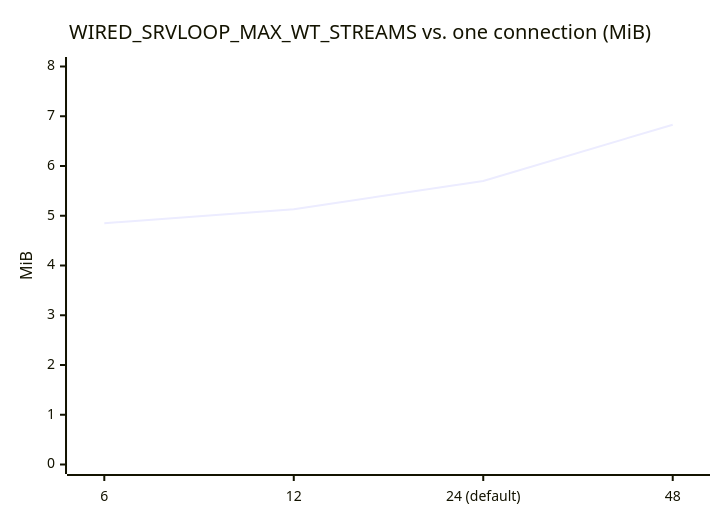
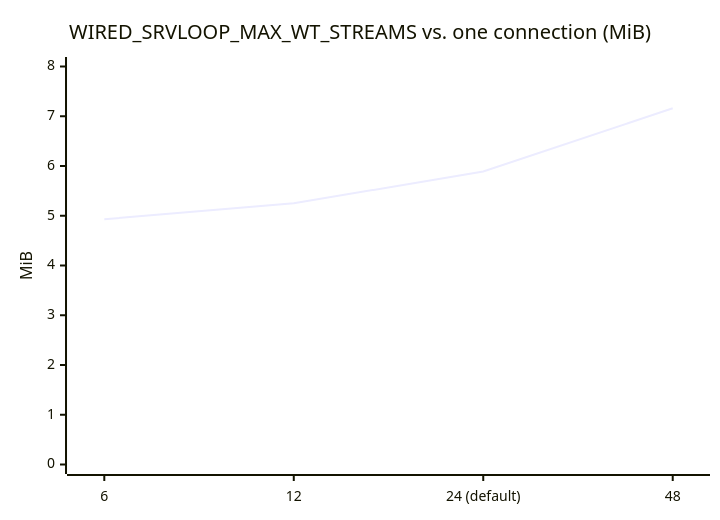
The seventh of 9 diagrams in docs/arch/memory.md (Hakkadaikon/wired), drawn with Mermaid before and after one commit. The commit also changed other lines of this file and 11 other files, not shown here.

````diff
--- a/docs/arch/memory.md
+++ b/docs/arch/memory.md
@@ -147,7 +147,7 @@
 ```mermaid
 xychart-beta
     title "WIRED_SRVLOOP_MAX_WT_STREAMS vs. one connection (MiB)"
     x-axis ["6", "12", "24 (default)", "48"]
     y-axis "MiB" 0 --> 8
-    line [4.85, 5.13, 5.70, 6.83]
+    line [4.93, 5.25, 5.89, 7.16]
 ```
````
